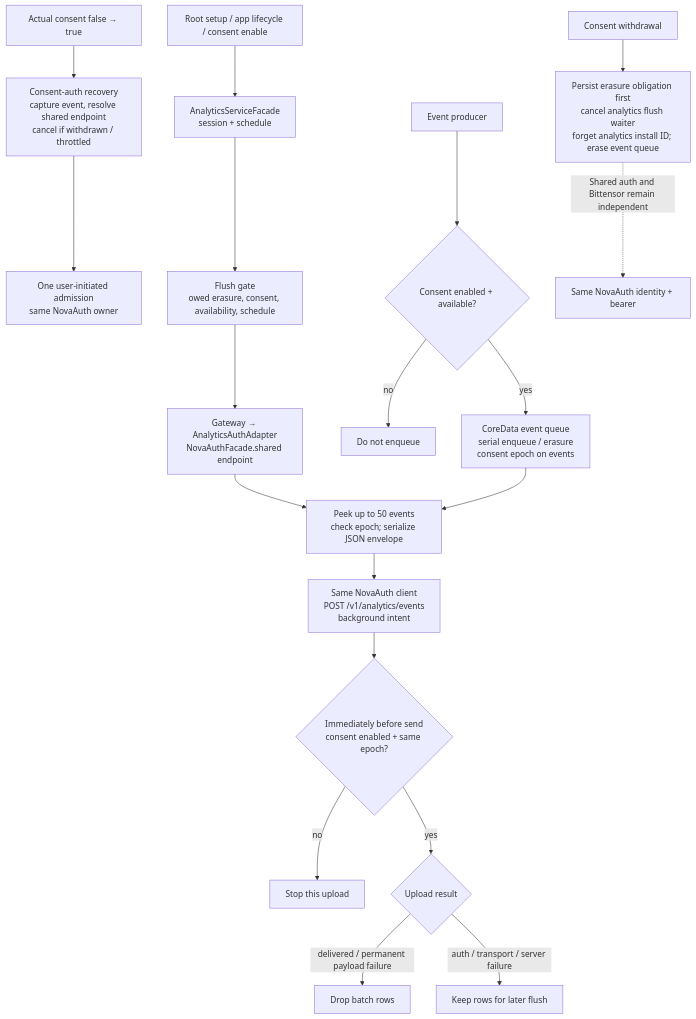
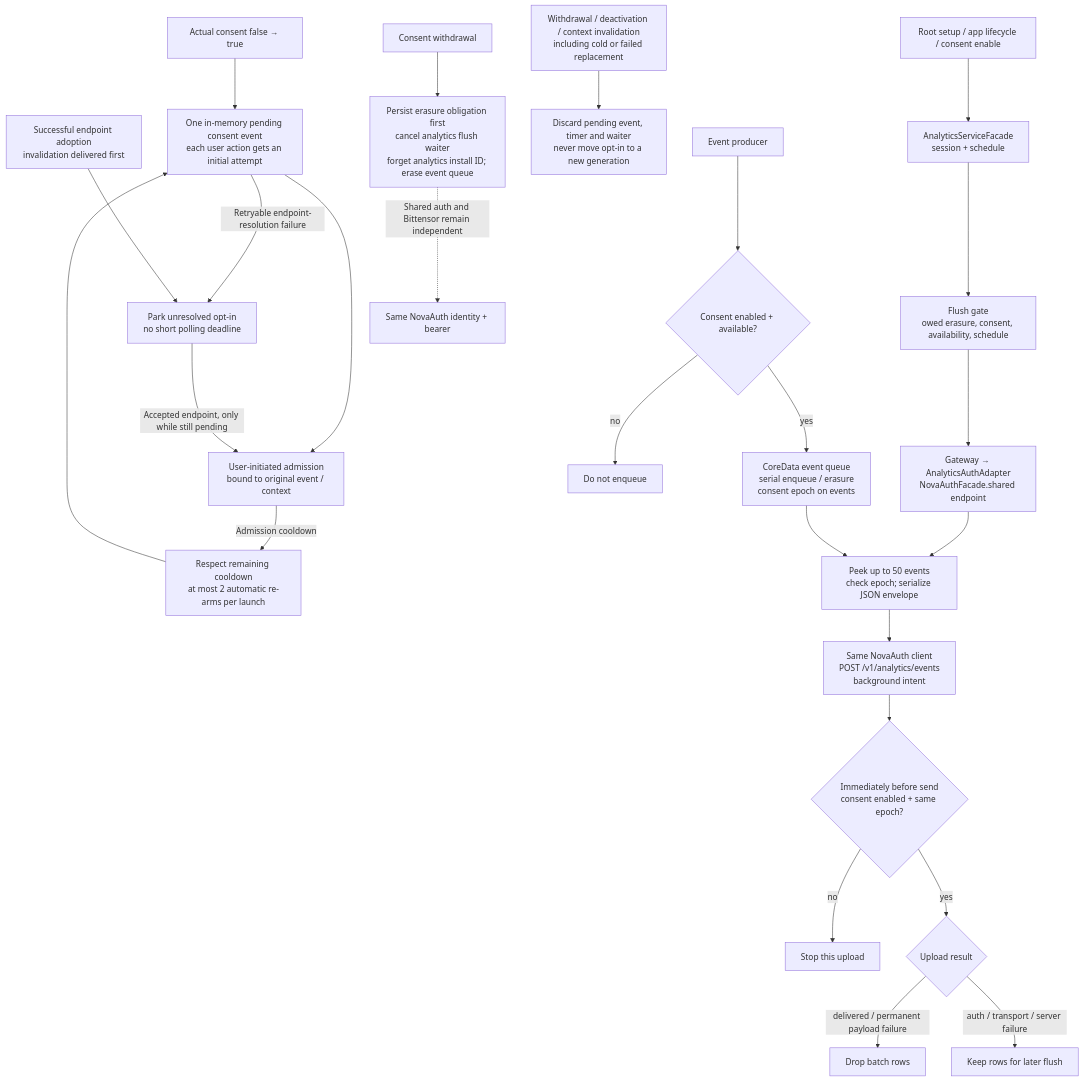
The ninth of 9 diagrams in .claude/docs/architecture/novaauth-client-diagrams.md (novasamatech/nova-wallet-ios), drawn with Mermaid before and after one commit. The commit also changed other lines of this file and 10 other files, not shown here.

Commit message:
Document reviewed NovaAuth fixes and validation

````diff
--- a/.claude/docs/architecture/novaauth-client-diagrams.md
+++ b/.claude/docs/architecture/novaauth-client-diagrams.md
@@ -349,21 +412,27 @@
 ```mermaid
 flowchart TB
   ROOT["Root setup / app lifecycle / consent enable"] --> FACADE["AnalyticsServiceFacade<br/>session + schedule"]
-  ENABLE["Actual consent false → true"] --> RECOVER["Consent-auth recovery<br/>capture event, resolve shared endpoint<br/>cancel if withdrawn / throttled"]
-  RECOVER --> ADMIT["One user-initiated admission<br/>same NovaAuth owner"]
+  ENABLE["Actual consent false → true"] --> RECOVER["One in-memory pending consent event<br/>each user action gets an initial attempt"]
+  RECOVER --> ADMIT["User-initiated admission<br/>bound to original event / context"]
+  RECOVER -- "Retryable endpoint-resolution failure" --> PARK["Park unresolved opt-in<br/>no short polling deadline"]
+  READY["Successful endpoint adoption<br/>invalidation delivered first"] --> PARK
+  PARK -- "Accepted endpoint, only while still pending" --> ADMIT
+  ADMIT -- "Admission cooldown" --> RETRY["Respect remaining cooldown<br/>at most 2 automatic re-arms per launch"]
+  RETRY --> RECOVER
+  INVALIDATE["Withdrawal / deactivation / context invalidation<br/>including cold or failed replacement"] --> DISCARD["Discard pending event, timer and waiter<br/>never move opt-in to a new generation"]
   EVENT["Event producer"] --> GATE{"Consent enabled + available?"}
   GATE -- yes --> QUEUE["CoreData event queue<br/>serial enqueue / erasure<br/>consent epoch on events"]
   GATE -- no --> IGNORE["Do not enqueue"]
   FACADE --> FLUSH["Flush gate<br/>owed erasure, consent, availability, schedule"]
   FLUSH --> ADAPTER["Gateway → AnalyticsAuthAdapter<br/>NovaAuthFacade.shared endpoint"]
   ADAPTER --> BATCH["Peek up to 50 events<br/>check epoch; serialize JSON envelope"]
   QUEUE --> BATCH
   BATCH --> SEND["Same NovaAuth client<br/>POST /v1/analytics/events<br/>background intent"]
   SEND --> CHECK{"Immediately before send<br/>consent enabled + same epoch?"}
   CHECK -- no --> CANCEL["Stop this upload"]
   CHECK -- yes --> RESULT{"Upload result"}
   RESULT -- "delivered / permanent payload failure" --> DROP["Drop batch rows"]
   RESULT -- "auth / transport / server failure" --> RETAIN["Keep rows for later flush"]
   OPT["Consent withdrawal"] --> ERASE["Persist erasure obligation first<br/>cancel analytics flush waiter<br/>forget analytics install ID; erase event queue"]
   ERASE -. "Shared auth and Bittensor remain independent" .-> SHARED["Same NovaAuth identity + bearer"]
 ```
````
